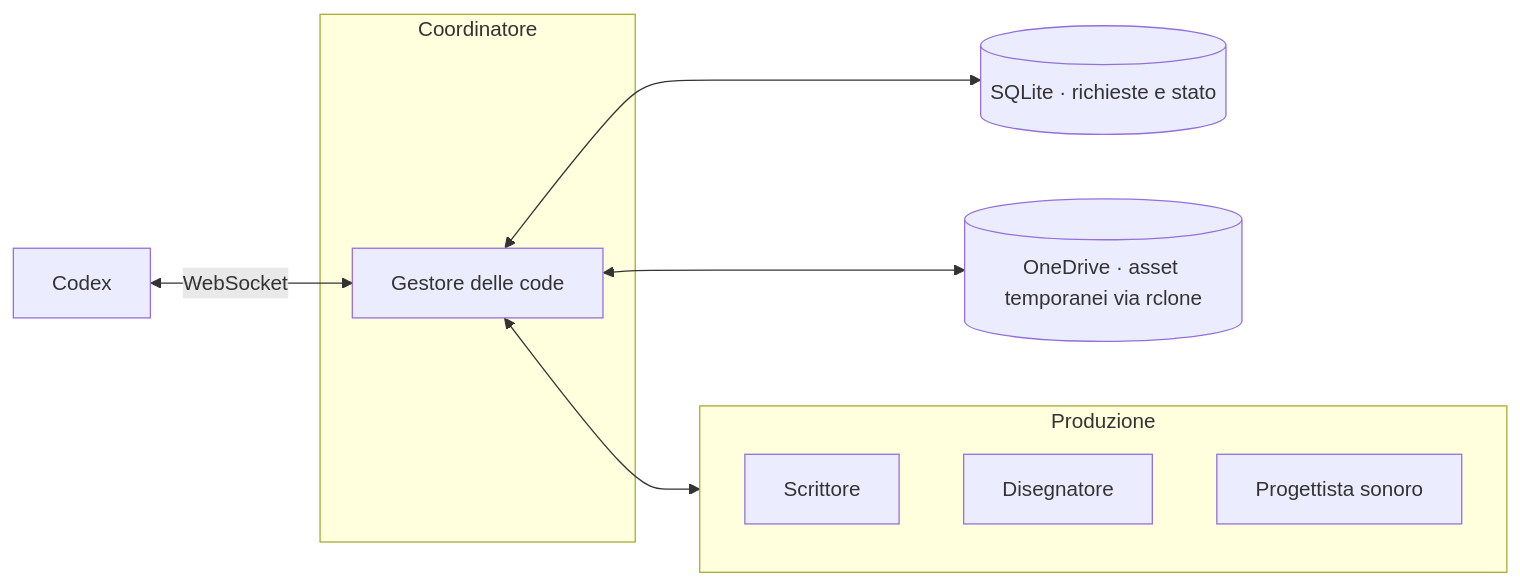
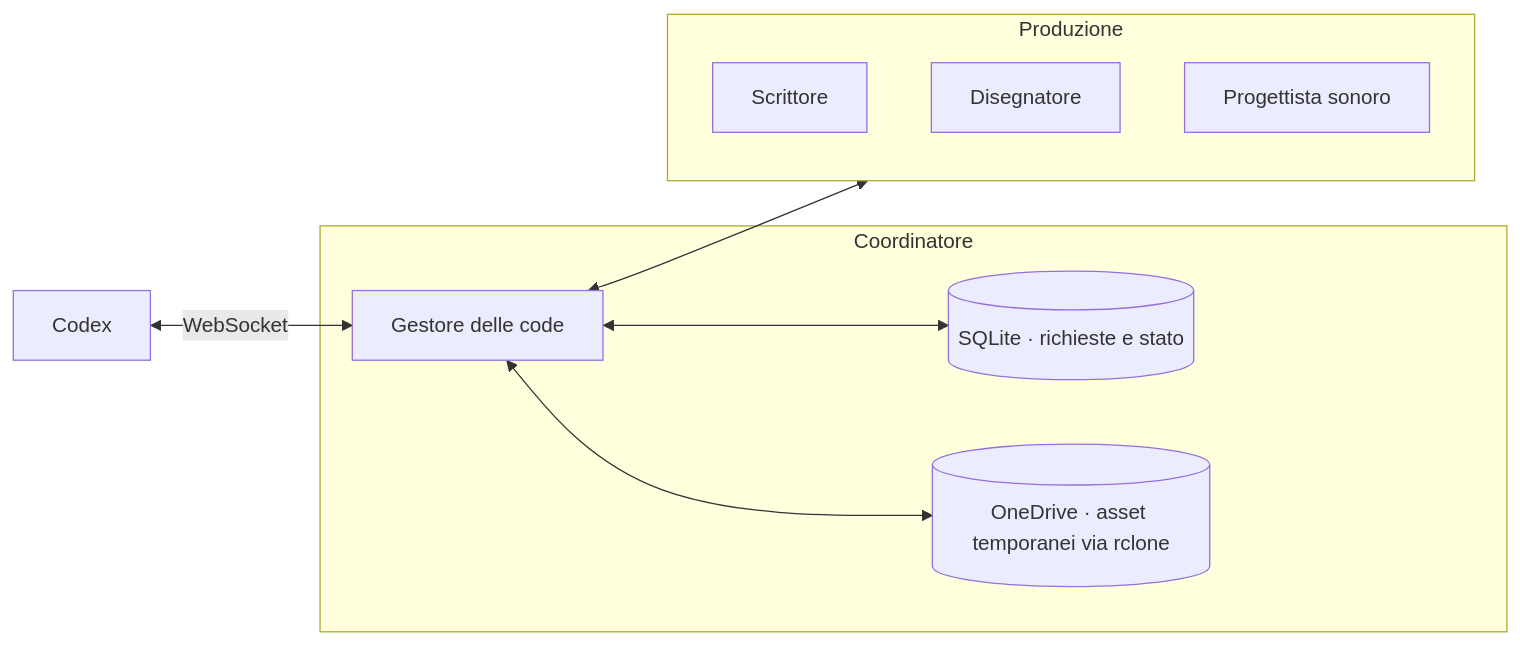
One commit to DRincs-Productions/LM-Studio changed the second of 9 diagrams in README.md. Above: the diagram before and after it, drawn with Mermaid.

Commit message:
docs: place SQLite and OneDrive inside coordinator graph

````diff
--- a/README.md
+++ b/README.md
@@ -73,18 +73,18 @@
 ```mermaid
 flowchart LR
     R[Codex]
     subgraph COORD[Coordinatore]
         C[Gestore delle code]
+        DB[(SQLite · richieste e stato)]
+        OD[(OneDrive · asset temporanei via rclone)]
     end
-    DB[(SQLite · richieste e stato)]
-    OD[(OneDrive · asset temporanei via rclone)]
     subgraph PRODUZIONE[Produzione]
         W[Scrittore]
         D[Disegnatore]
         S[Progettista sonoro]
     end
     R <-->|WebSocket| C
     C <--> DB
     C <--> OD
     C <--> PRODUZIONE
 ```
````
